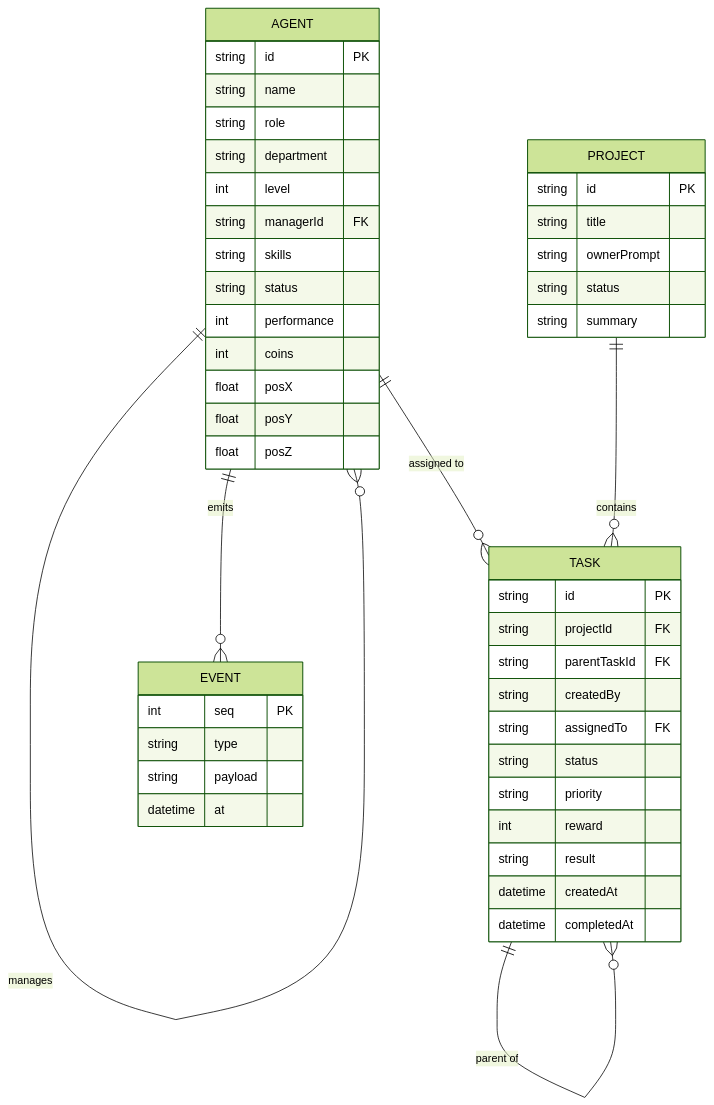
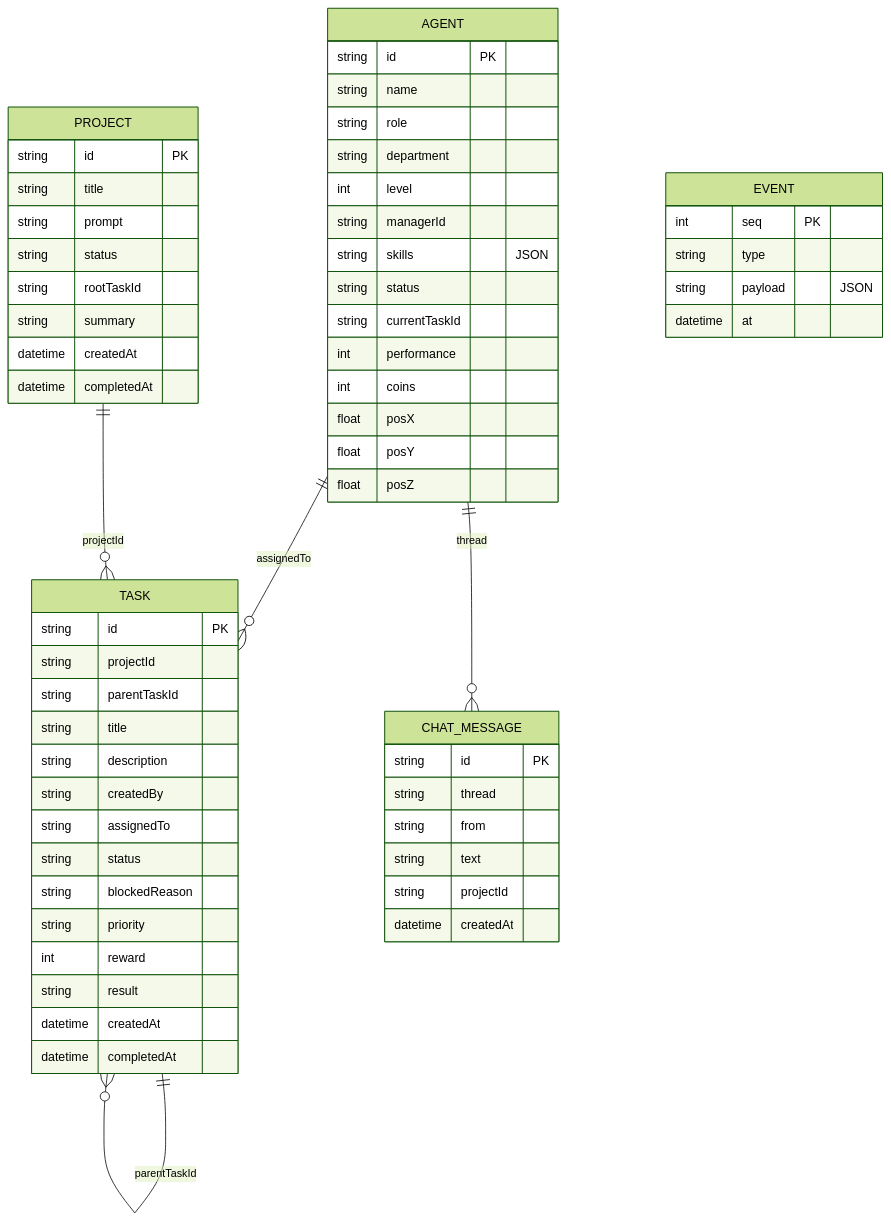
The fifth of 5 diagrams in docs/architecture.md (F64081169/3d-office), drawn with Mermaid (forest theme) before and after one commit. The commit also changed other lines of this file and 55 other files, not shown here.

````diff
--- a/docs/architecture.md
+++ b/docs/architecture.md
@@ -244,49 +339,63 @@
 ```mermaid
 erDiagram
-  AGENT ||--o{ AGENT : manages
-  AGENT ||--o{ TASK : "assigned to"
-  PROJECT ||--o{ TASK : contains
-  TASK ||--o{ TASK : "parent of"
-  AGENT ||--o{ EVENT : emits
+  AGENT ||--o{ TASK : "assignedTo"
+  PROJECT ||--o{ TASK : "projectId"
+  TASK ||--o{ TASK : "parentTaskId"
+  AGENT ||--o{ CHAT_MESSAGE : "thread"
   AGENT {
     string id PK
     string name
     string role
     string department
     int level
-    string managerId FK
-    string skills
+    string managerId
+    string skills "JSON"
     string status
+    string currentTaskId
     int performance
     int coins
     float posX
     float posY
     float posZ
   }
   PROJECT {
     string id PK
     string title
-    string ownerPrompt
+    string prompt
     string status
+    string rootTaskId
     string summary
+    datetime createdAt
+    datetime completedAt
   }
   TASK {
     string id PK
-    string projectId FK
-    string parentTaskId FK
+    string projectId
+    string parentTaskId
+    string title
+    string description
     string createdBy
-    string assignedTo FK
+    string assignedTo
     string status
+    string blockedReason
     string priority
     int reward
     string result
     datetime createdAt
     datetime completedAt
   }
+  CHAT_MESSAGE {
+    string id PK
+    string thread
+    string from
+    string text
+    string projectId
+    datetime createdAt
+  }
   EVENT {
     int seq PK
     string type
-    string payload
+    string payload "JSON"
     datetime at
   }
 ```
````
